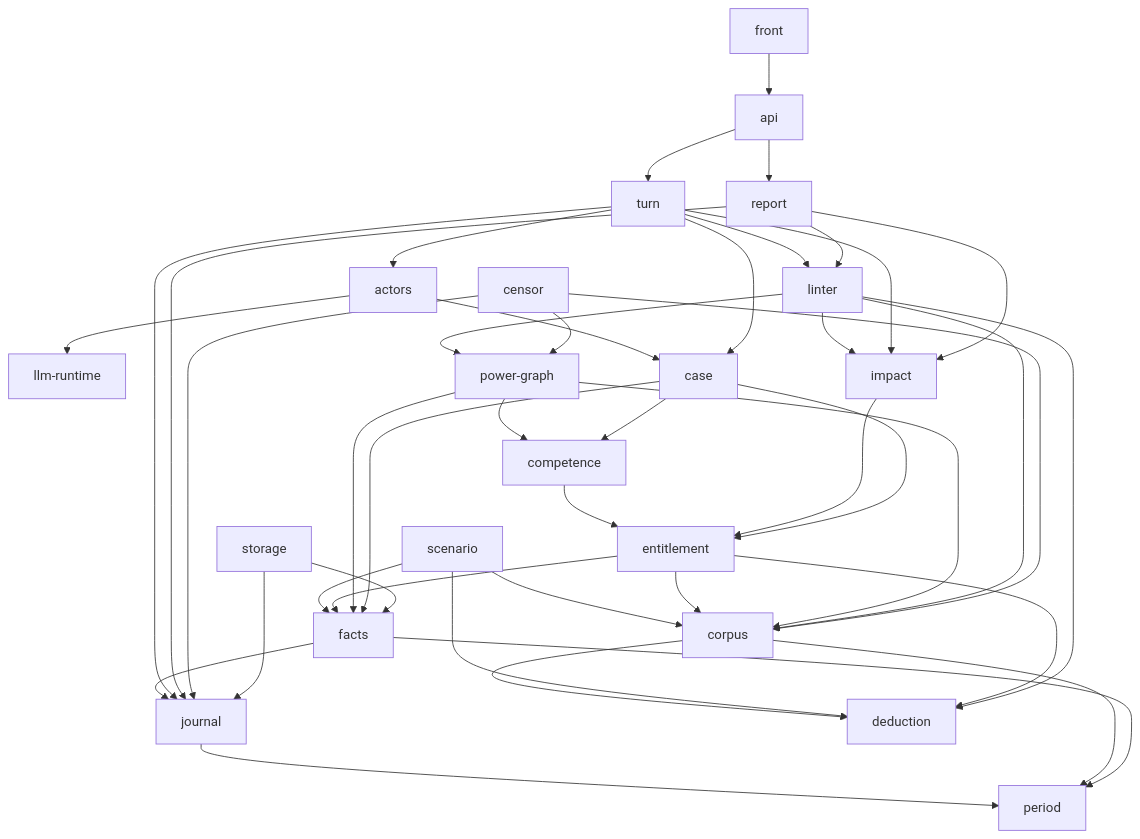
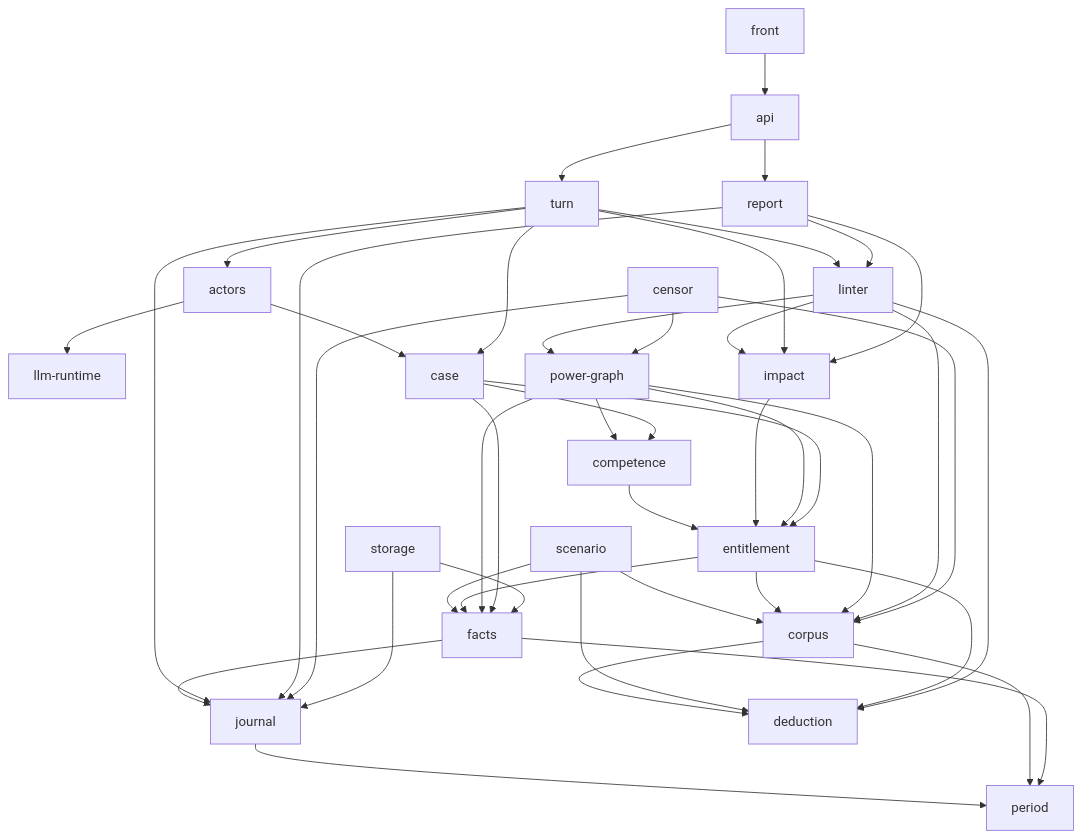
The fourth of 4 diagrams in docs/design/README.md (heaprip/intercessio), drawn with Mermaid before and after one commit. The commit also changed 11 other files, not shown here.

````diff
--- a/docs/design/README.md
+++ b/docs/design/README.md
@@ -172,47 +172,48 @@
 ```mermaid
 flowchart TD
   %% components
   llm_runtime[llm-runtime]
   power_graph[power-graph]
   journal --> period
   corpus --> period
   corpus --> deduction
   facts --> period
   facts --> journal
   scenario --> corpus
   scenario --> facts
   scenario --> deduction
   entitlement --> corpus
   entitlement --> facts
   entitlement --> deduction
   competence --> entitlement
   impact --> entitlement
   power_graph --> corpus
   power_graph --> facts
   power_graph --> competence
+  power_graph --> entitlement
   linter --> corpus
   linter --> deduction
   linter --> impact
   linter --> power_graph
   case --> competence
   case --> facts
   case --> entitlement
   actors --> case
   actors --> llm_runtime
   turn --> case
   turn --> actors
   turn --> impact
   turn --> linter
   turn --> journal
   report --> journal
   report --> linter
   report --> impact
   api --> turn
   api --> report
   front --> api
   censor --> journal
   censor --> corpus
   censor --> power_graph
   storage --> facts
   storage --> journal
 ```
````
